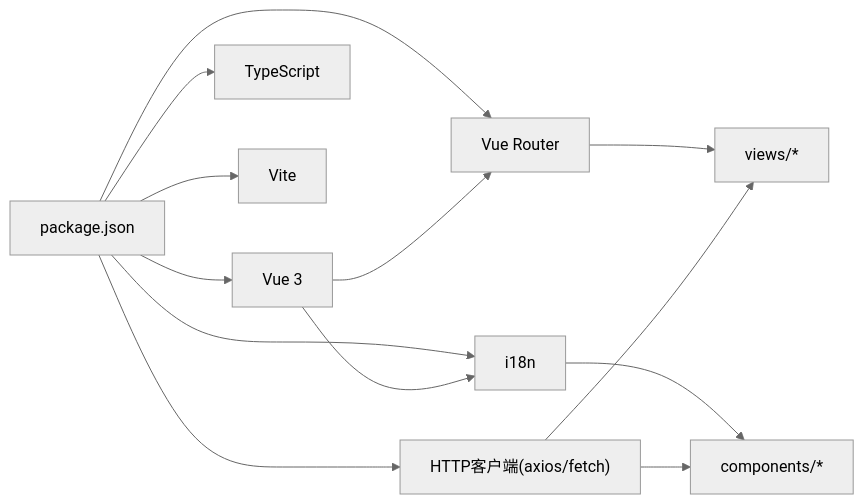
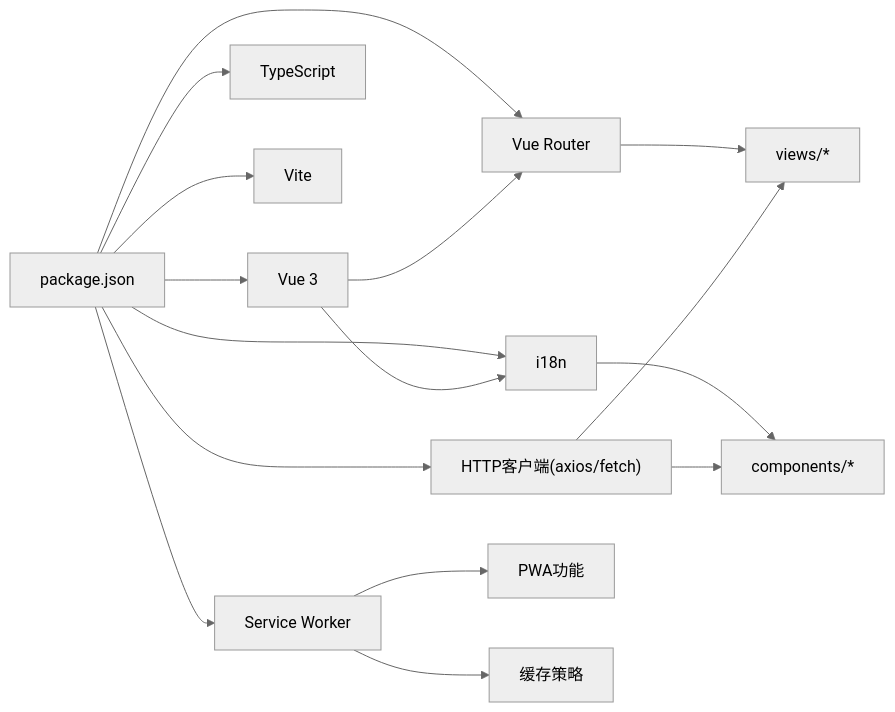
Before and after one commit to xufuyu/Lumen: the eighth of 8 diagrams in .qoder/repowiki/zh/content/前端开发/前端开发.md, drawn with Mermaid (neutral theme). The commit also changed other lines of this file and 36 other files, not shown here.

````diff
--- a/.qoder/repowiki/zh/content/前端开发/前端开发.md
+++ b/.qoder/repowiki/zh/content/前端开发/前端开发.md
@@ -348,15 +466,18 @@
 ```mermaid
 graph LR
 P["package.json"] --> V["Vue 3"]
 P --> TS["TypeScript"]
 P --> VR["Vue Router"]
 P --> VT["Vite"]
 P --> I18N["i18n"]
 P --> AX["HTTP客户端(axios/fetch)"]
+P --> SW["Service Worker"]
 V --> VR
 V --> I18N
 VR --> Views["views/*"]
 I18N --> Components["components/*"]
 AX --> Components
 AX --> Views
+SW --> PWA["PWA功能"]
+SW --> Cache["缓存策略"]
 ```
````
